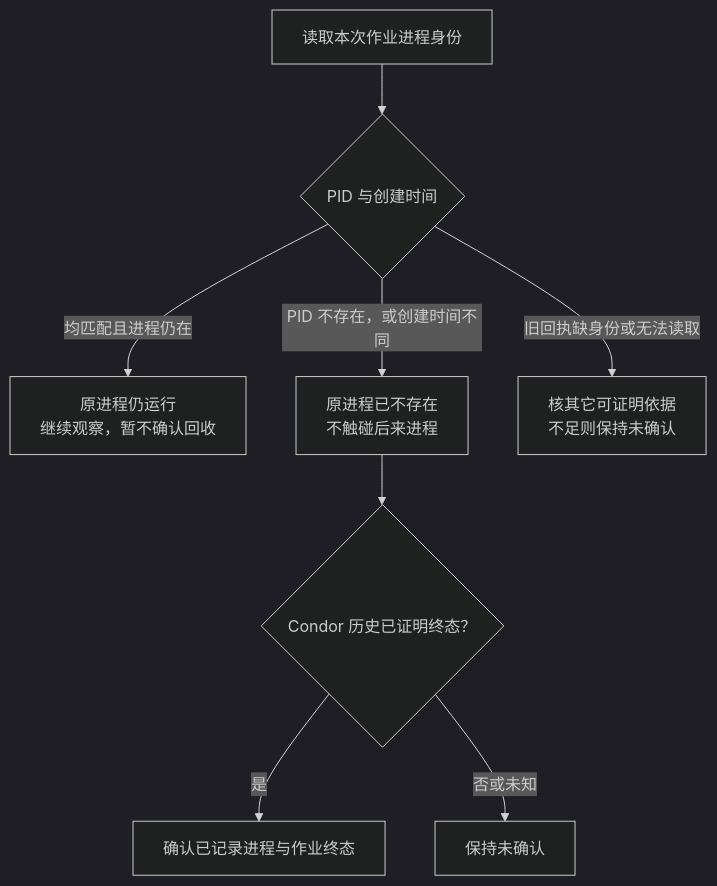
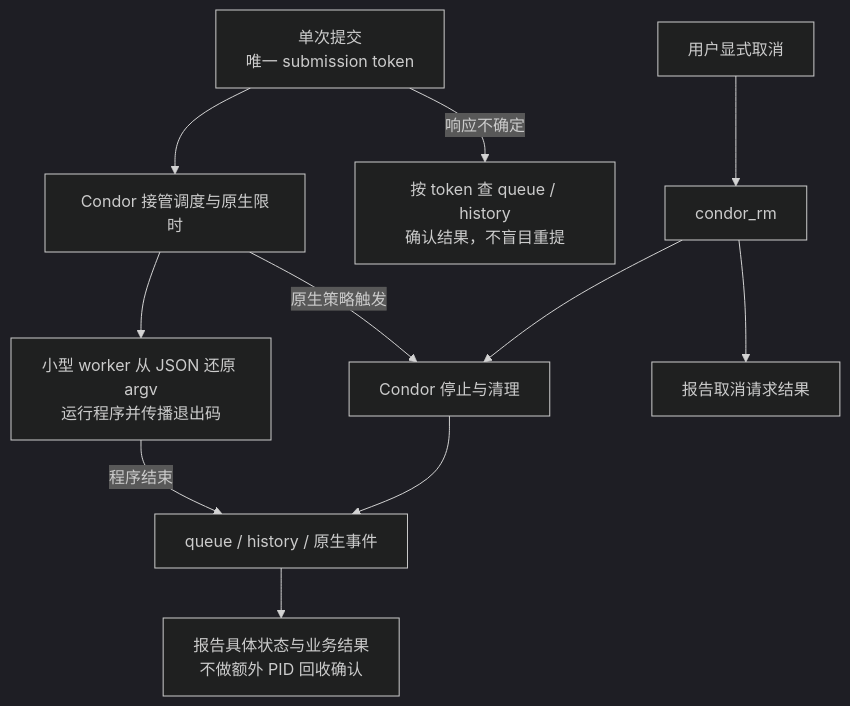
The fourth of 4 diagrams in devDoc/tasks/20261114-delivery-closeout/diagrams.md (YS-Pan/basePack), drawn with Mermaid (dark theme) before and after one commit. The commit also changed other lines of this file and 5 other files, not shown here.

````diff
--- a/devDoc/tasks/20261114-delivery-closeout/diagrams.md
+++ b/devDoc/tasks/20261114-delivery-closeout/diagrams.md
@@ -61,10 +57,13 @@
 ```mermaid
 flowchart TD
-    A["读取本次作业进程身份"] --> B{"PID 与创建时间"}
-    B -->|均匹配且进程仍在| C["原进程仍运行<br/>继续观察，暂不确认回收"]
-    B -->|PID 不存在，或创建时间不同| D["原进程已不存在<br/>不触碰后来进程"]
-    B -->|旧回执缺身份或无法读取| E["核其它可证明依据<br/>不足则保持未确认"]
-    D --> F{"Condor 历史已证明终态？"}
-    F -->|是| G["确认已记录进程与作业终态"]
-    F -->|否或未知| H["保持未确认"]
+    A["单次提交<br/>唯一 submission token"] --> B["Condor 接管调度与原生限时"]
+    A -->|响应不确定| C["按 token 查 queue / history<br/>确认结果，不盲目重提"]
+    B --> D["小型 worker 从 JSON 还原 argv<br/>运行程序并传播退出码"]
+    E["用户显式取消"] --> F["condor_rm"]
+    F --> G["Condor 停止与清理"]
+    B -->|原生策略触发| G
+    D -->|程序结束| H["queue / history / 原生事件"]
+    G --> H
+    F --> I["报告取消请求结果"]
+    H --> J["报告具体状态与业务结果<br/>不做额外 PID 回收确认"]
 ```
````
